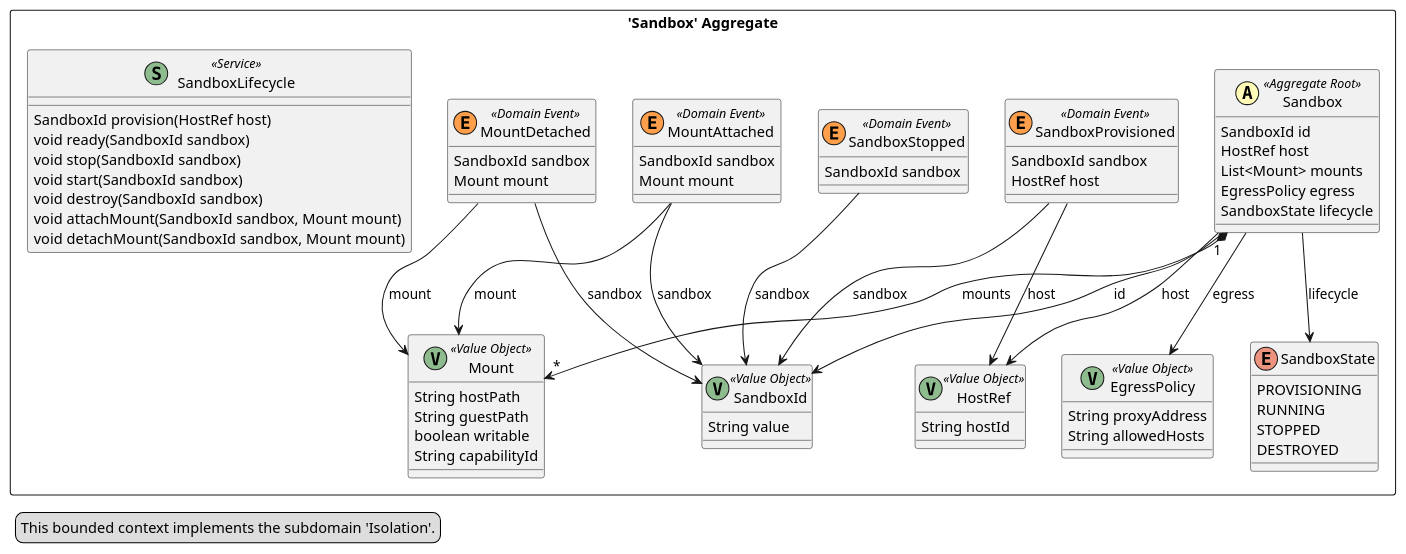
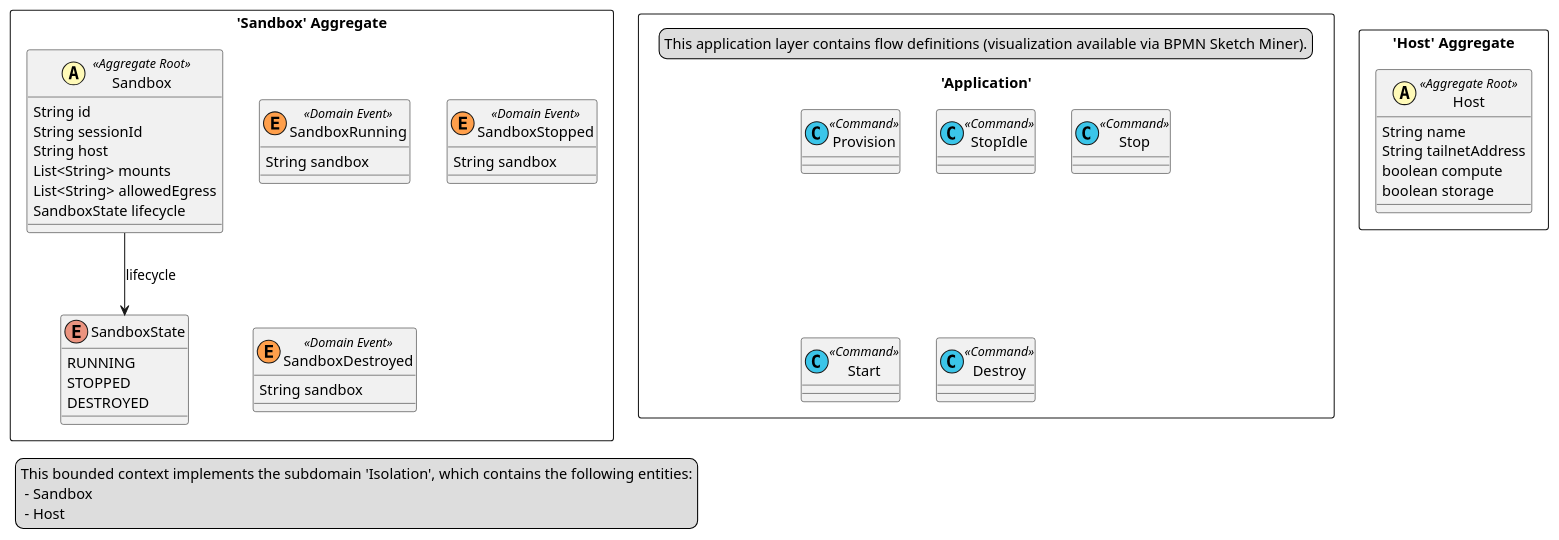
One commit to phibkro/agent-hypervisor changed the diagram in domain/out/agent-hypervisor_BC_Isolation.puml. Above: the diagram before and after it, drawn with PlantUML. The commit also changed 42 other files, not shown here.

First line of the commit message:
Domain model draft 4: discovery pass (user stories, subdomain nouns, lifecycle flows), four contexts

```diff
--- a/domain/out/agent-hypervisor_BC_Isolation.puml
+++ b/domain/out/agent-hypervisor_BC_Isolation.puml
@@ -1,77 +1,60 @@
 @startuml
 
 skinparam componentStyle uml2
 
 package "'Sandbox' Aggregate" <<Rectangle>> {
 	class Sandbox <<(A,#fffab8) Aggregate Root>> {
-		SandboxId id
-		HostRef host
-		List<Mount> mounts
-		EgressPolicy egress
+		String id
+		String sessionId
+		String host
+		List<String> mounts
+		List<String> allowedEgress
 		SandboxState lifecycle
 	}
-	class SandboxId <<(V,DarkSeaGreen) Value Object>> {
-		String value
-	}
-	class HostRef <<(V,DarkSeaGreen) Value Object>> {
-		String hostId
-	}
-	class Mount <<(V,DarkSeaGreen) Value Object>> {
-		String hostPath
-		String guestPath
-		boolean writable
-		String capabilityId
-	}
-	class EgressPolicy <<(V,DarkSeaGreen) Value Object>> {
-		String proxyAddress
-		String allowedHosts
-	}
 	enum SandboxState {
-		PROVISIONING
 		RUNNING
 		STOPPED
 		DESTROYED
 	}
-	class SandboxProvisioned <<(E,#ff9f4b) Domain Event>> {
-		SandboxId sandbox
-		HostRef host
+	class SandboxRunning <<(E,#ff9f4b) Domain Event>> {
+		String sandbox
 	}
 	class SandboxStopped <<(E,#ff9f4b) Domain Event>> {
-		SandboxId sandbox
+		String sandbox
 	}
-	class MountAttached <<(E,#ff9f4b) Domain Event>> {
-		SandboxId sandbox
-		Mount mount
-	}
-	class MountDetached <<(E,#ff9f4b) Domain Event>> {
-		SandboxId sandbox
-		Mount mount
-	}
-	class SandboxLifecycle <<(S,DarkSeaGreen) Service>> {
-		SandboxId provision(HostRef host)
-		void ready(SandboxId sandbox)
-		void stop(SandboxId sandbox)
-		void start(SandboxId sandbox)
-		void destroy(SandboxId sandbox)
-		void attachMount(SandboxId sandbox, Mount mount)
-		void detachMount(SandboxId sandbox, Mount mount)
+	class SandboxDestroyed <<(E,#ff9f4b) Domain Event>> {
+		String sandbox
 	}
 }
-Sandbox --> HostRef : host
+package "'Host' Aggregate" <<Rectangle>> {
+	class Host <<(A,#fffab8) Aggregate Root>> {
+		String name
+		String tailnetAddress
+		boolean compute
+		boolean storage
+	}
+}
+package "'Application'" <<Rectangle>> {
+	legend left
+		This application layer contains flow definitions (visualization available via BPMN Sketch Miner).
+	end legend
+	class Provision <<(C,#3bc5e9) Command>> {
+	}
+	class StopIdle <<(C,#3bc5e9) Command>> {
+	}
+	class Stop <<(C,#3bc5e9) Command>> {
+	}
+	class Start <<(C,#3bc5e9) Command>> {
+	}
+	class Destroy <<(C,#3bc5e9) Command>> {
+	}
+}
 Sandbox --> SandboxState : lifecycle
-SandboxProvisioned --> SandboxId : sandbox
-SandboxProvisioned --> HostRef : host
-Sandbox --> SandboxId : id
-Sandbox "1" *--> "*" Mount : mounts
-MountAttached --> SandboxId : sandbox
-MountDetached --> Mount : mount
-Sandbox --> EgressPolicy : egress
-SandboxStopped --> SandboxId : sandbox
-MountAttached --> Mount : mount
-MountDetached --> SandboxId : sandbox
 legend left
-  This bounded context implements the subdomain 'Isolation'.
+  This bounded context implements the subdomain 'Isolation', which contains the following entities:
+   - Sandbox
+   - Host
 end legend
 
 
 @enduml
```
